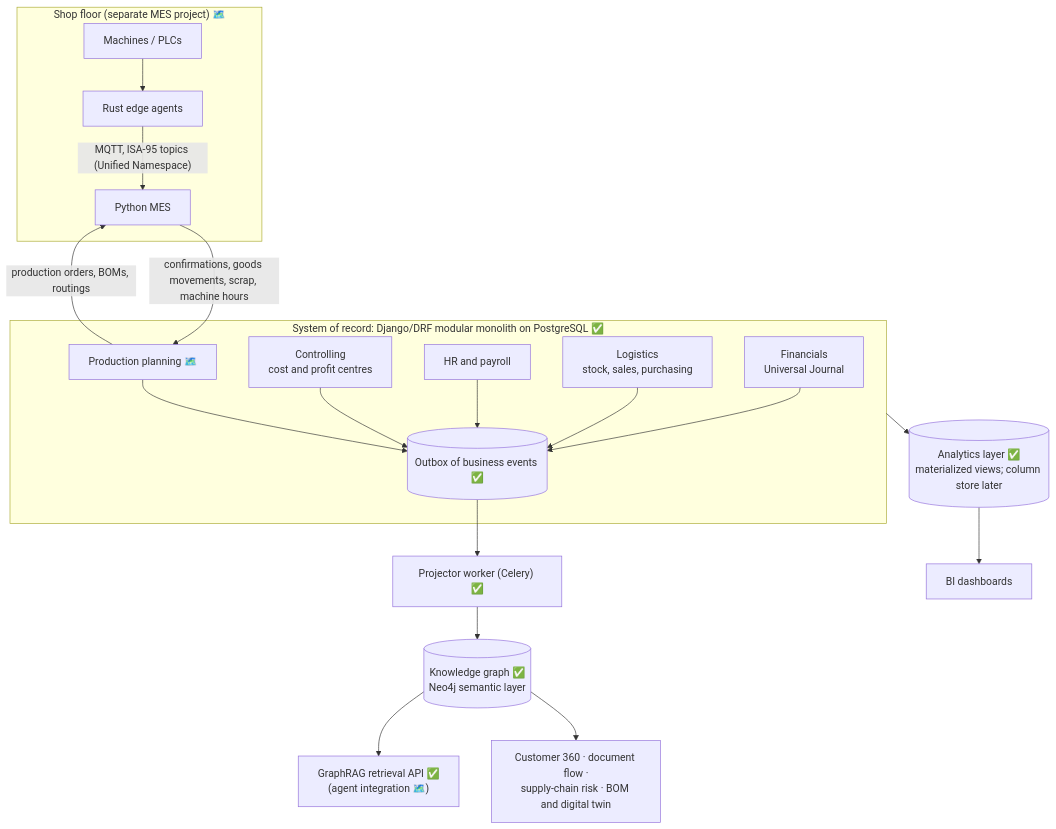
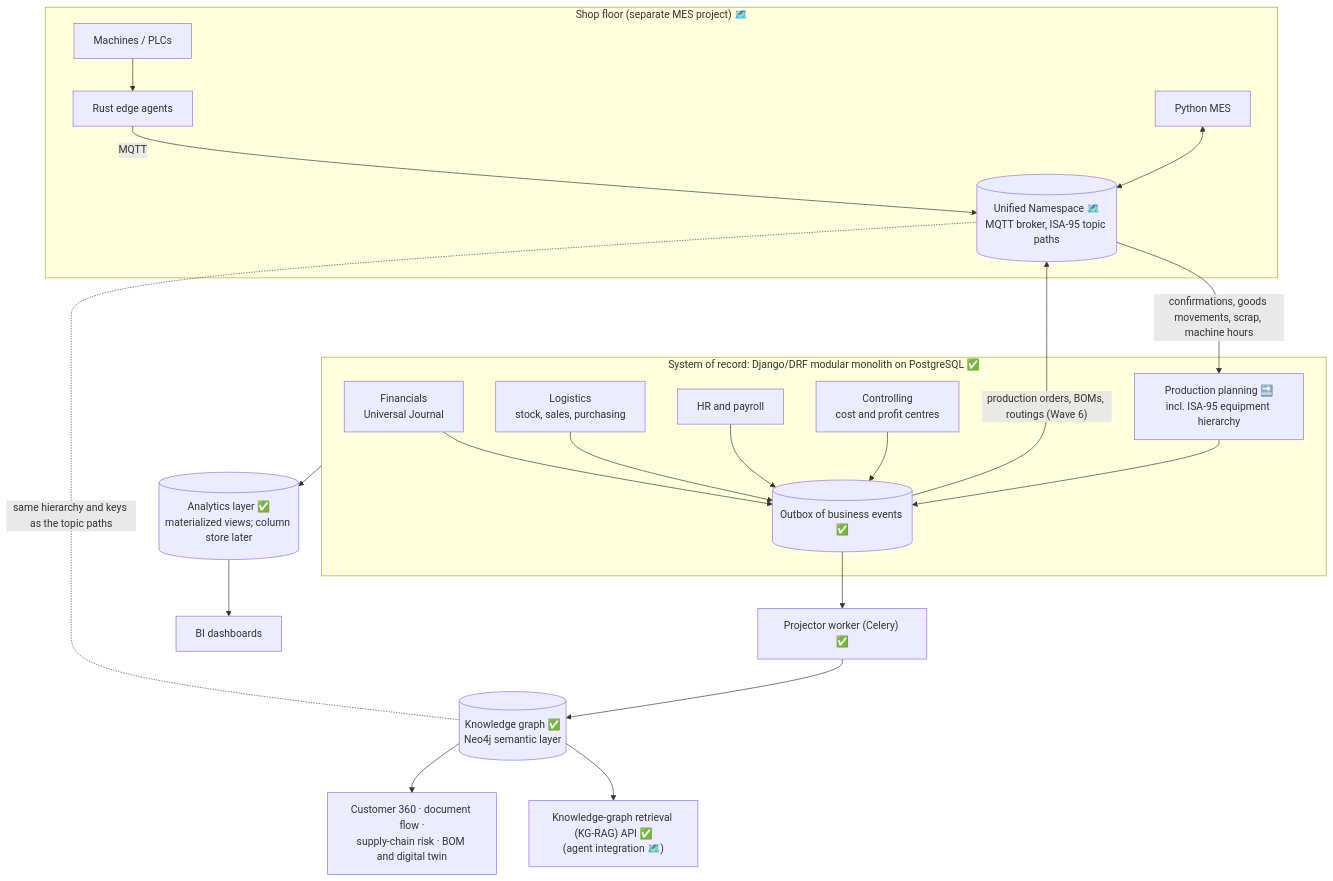
The diagram in docs/ARCHITECTURE.md (mokwenaanthony-dev/ERP-Intelligence), drawn with Mermaid before and after one commit. The commit also changed other lines of this file and 13 other files, not shown here.

Commit message:
Docs: design review (ISA-95 levels, KG-RAG, UNS conventions) and architecture decision records

````diff
--- a/docs/ARCHITECTURE.md
+++ b/docs/ARCHITECTURE.md
@@ -12,28 +13,30 @@
 ```mermaid
 flowchart TB
     subgraph Floor["Shop floor (separate MES project) 🗺️"]
         PLC["Machines / PLCs"] --> EDGE["Rust edge agents"]
-        EDGE -- "MQTT, ISA-95 topics (Unified Namespace)" --> MES["Python MES"]
+        EDGE -- "MQTT" --> UNS[("Unified Namespace 🗺️<br/>MQTT broker, ISA-95 topic paths")]
+        MES["Python MES"] <--> UNS
     end
 
     subgraph Core["System of record: Django/DRF modular monolith on PostgreSQL ✅"]
         FI["Financials<br/>Universal Journal"]
         LO["Logistics<br/>stock, sales, purchasing"]
         HR["HR and payroll"]
         CO["Controlling<br/>cost and profit centres"]
-        PP["Production planning 🗺️"]
+        PP["Production planning 🔜<br/>incl. ISA-95 equipment hierarchy"]
         OUT[("Outbox of business events ✅")]
         FI & LO & HR & CO & PP --> OUT
     end
 
-    MES -- "confirmations, goods movements, scrap, machine hours" --> PP
-    PP -- "production orders, BOMs, routings" --> MES
+    UNS -- "confirmations, goods movements, scrap, machine hours" --> PP
+    OUT -- "production orders, BOMs, routings (Wave 6)" --> UNS
+    KG -. "same hierarchy and keys as the topic paths" .- UNS
 
     OUT --> PROJ["Projector worker (Celery) ✅"]
     PROJ --> KG[("Knowledge graph ✅<br/>Neo4j semantic layer")]
     Core --> AN[("Analytics layer ✅<br/>materialized views; column store later")]
 
-    KG --> RAG["GraphRAG retrieval API ✅<br/>(agent integration 🗺️)"]
+    KG --> RAG["Knowledge-graph retrieval (KG-RAG) API ✅<br/>(agent integration 🗺️)"]
     KG --> APPS["Customer 360 · document flow ·<br/>supply-chain risk · BOM and digital twin"]
     AN --> BI["BI dashboards"]
 ```
````
